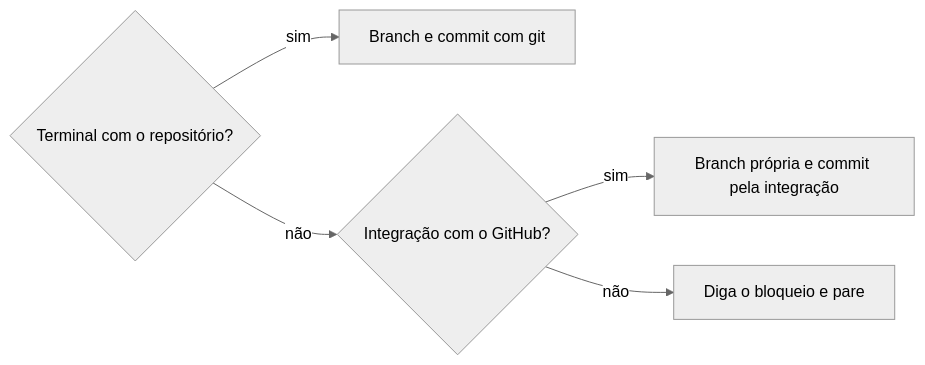
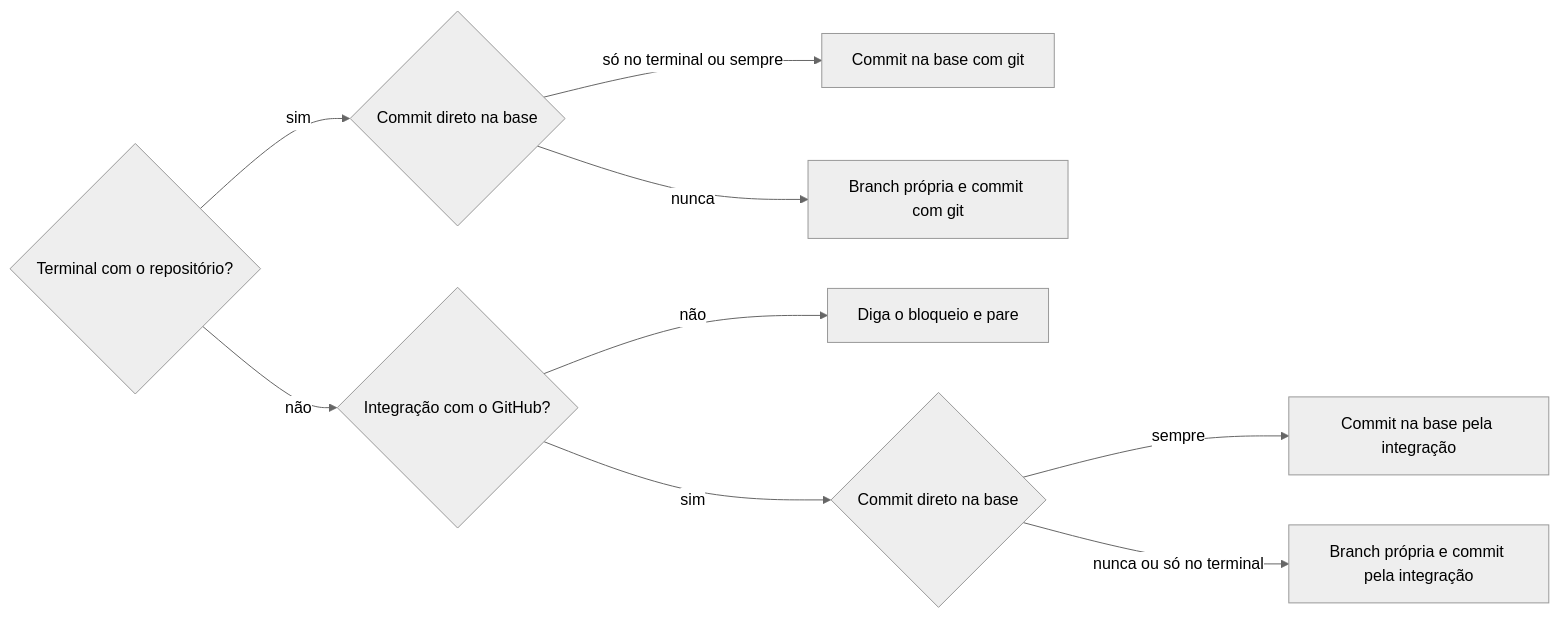
The first of 2 diagrams in .agents/skills/criar-commit/SKILL.md (jimmyandrade/harness), drawn with Mermaid (neutral theme) before and after one commit. The commit also changed other lines of this file and 2 other files, not shown here.

First line of the commit message:
feat: name the environment in the direct-commit and approval parameters

````diff
--- a/.agents/skills/criar-commit/SKILL.md
+++ b/.agents/skills/criar-commit/SKILL.md
@@ -35,7 +35,11 @@
 ```mermaid
 flowchart LR
-  A{Terminal com o repositório?} -->|sim| B[Branch e commit com git]
+  A{Terminal com o repositório?} -->|sim| T{Commit direto na base}
+  T -->|só no terminal ou sempre| B[Commit na base com git]
+  T -->|nunca| G[Branch própria e commit com git]
   A -->|não| C{Integração com o GitHub?}
-  C -->|sim| D[Branch própria e commit pela integração]
   C -->|não| E[Diga o bloqueio e pare]
+  C -->|sim| S{Commit direto na base}
+  S -->|sempre| H[Commit na base pela integração]
+  S -->|nunca ou só no terminal| D[Branch própria e commit pela integração]
 ```
````
